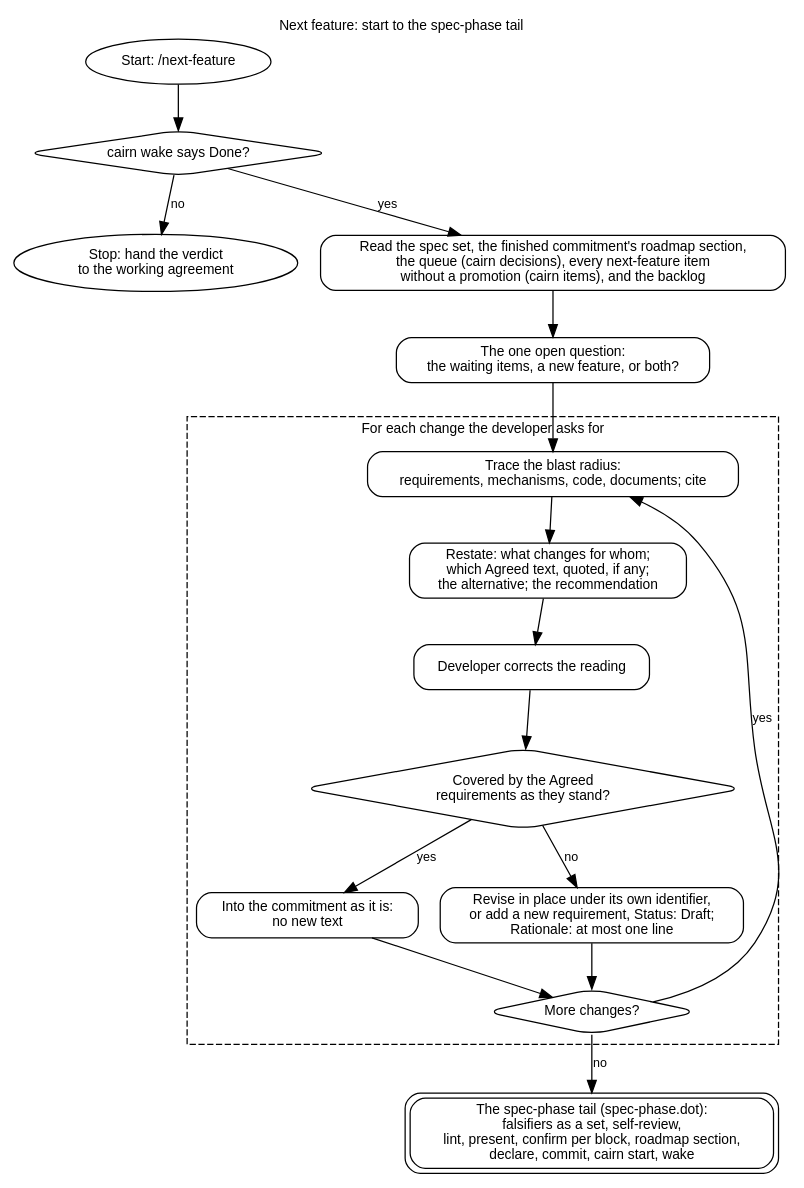
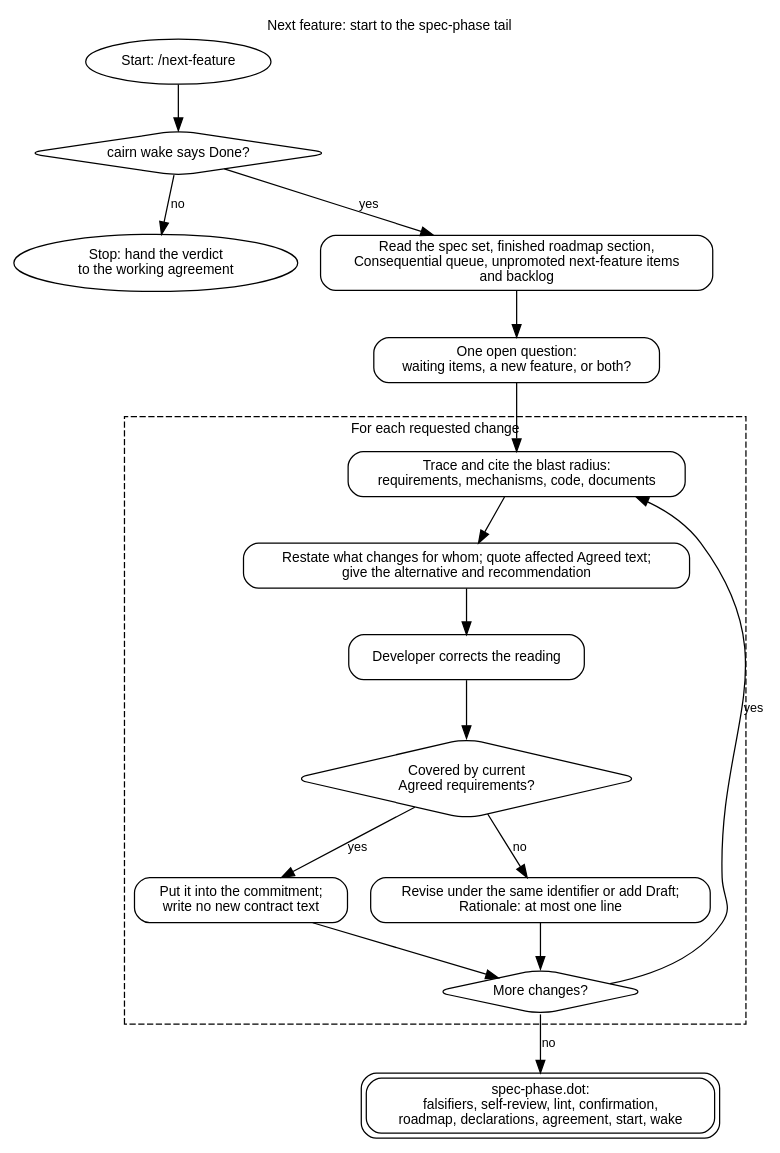
One commit to eas4ai/cairn changed the diagram in docs/diagrams/next-feature.dot. Above: the diagram before and after it, drawn with Graphviz. The commit also changed 13 other files, not shown here.

```diff
--- a/docs/diagrams/next-feature.dot
+++ b/docs/diagrams/next-feature.dot
@@ -1,36 +1,36 @@
-// Next feature: from Done to drafted or revised requirements; the spec-phase tail finishes it.
+// Next feature: from Done to drafted or revised requirements, then the shared tail.
 digraph next_feature {
   rankdir=TB;
   graph [fontname="Helvetica", fontsize=11, labelloc=t, label="Next feature: start to the spec-phase tail"];
   node  [shape=box, style=rounded, fontname="Helvetica", fontsize=11];
   edge  [fontname="Helvetica", fontsize=10];
 
   start [shape=oval, label="Start: /next-feature"];
   isdone [shape=diamond, label="cairn wake says Done?"];
   notdone [shape=oval, label="Stop: hand the verdict\nto the working agreement"];
-  read [label="Read the spec set, the finished commitment's roadmap section,\nthe queue (cairn decisions), every next-feature item\nwithout a promotion (cairn items), and the backlog"];
-  ask [label="The one open question:\nthe waiting items, a new feature, or both?"];
+  read [label="Read the spec set, finished roadmap section,\nConsequential queue, unpromoted next-feature items\nand backlog"];
+  ask [label="One open question:\nwaiting items, a new feature, or both?"];
 
   subgraph cluster_change {
-    label="For each change the developer asks for"; style=dashed; fontname="Helvetica"; fontsize=11;
-    radius [label="Trace the blast radius:\nrequirements, mechanisms, code, documents; cite"];
-    restate [label="Restate: what changes for whom;\nwhich Agreed text, quoted, if any;\nthe alternative; the recommendation"];
+    label="For each requested change"; style=dashed; fontname="Helvetica"; fontsize=11;
+    radius [label="Trace and cite the blast radius:\nrequirements, mechanisms, code, documents"];
+    restate [label="Restate what changes for whom; quote affected Agreed text;\ngive the alternative and recommendation"];
     corrects [label="Developer corrects the reading"];
-    fits [shape=diamond, label="Covered by the Agreed\nrequirements as they stand?"];
-    covered [label="Into the commitment as it is:\nno new text"];
-    revise [label="Revise in place under its own identifier,\nor add a new requirement, Status: Draft;\nRationale: at most one line"];
+    fits [shape=diamond, label="Covered by current\nAgreed requirements?"];
+    covered [label="Put it into the commitment;\nwrite no new contract text"];
+    revise [label="Revise under the same identifier or add Draft;\nRationale: at most one line"];
     next [shape=diamond, label="More changes?"];
   }
 
-  tail [shape=box, peripheries=2, label="The spec-phase tail (spec-phase.dot):\nfalsifiers as a set, self-review,\nlint, present, confirm per block, roadmap section,\ndeclare, commit, cairn start, wake"];
+  tail [shape=box, peripheries=2, label="spec-phase.dot:\nfalsifiers, self-review, lint, confirmation,\nroadmap, declarations, agreement, start, wake"];
 
   start -> isdone;
   isdone -> notdone [label="no"];
   isdone -> read [label="yes"];
   read -> ask -> radius -> restate -> corrects -> fits;
   fits -> covered [label="yes"];
   fits -> revise [label="no"];
   covered -> next; revise -> next;
   next -> radius [label="yes"];
   next -> tail [label="no"];
 }
```
